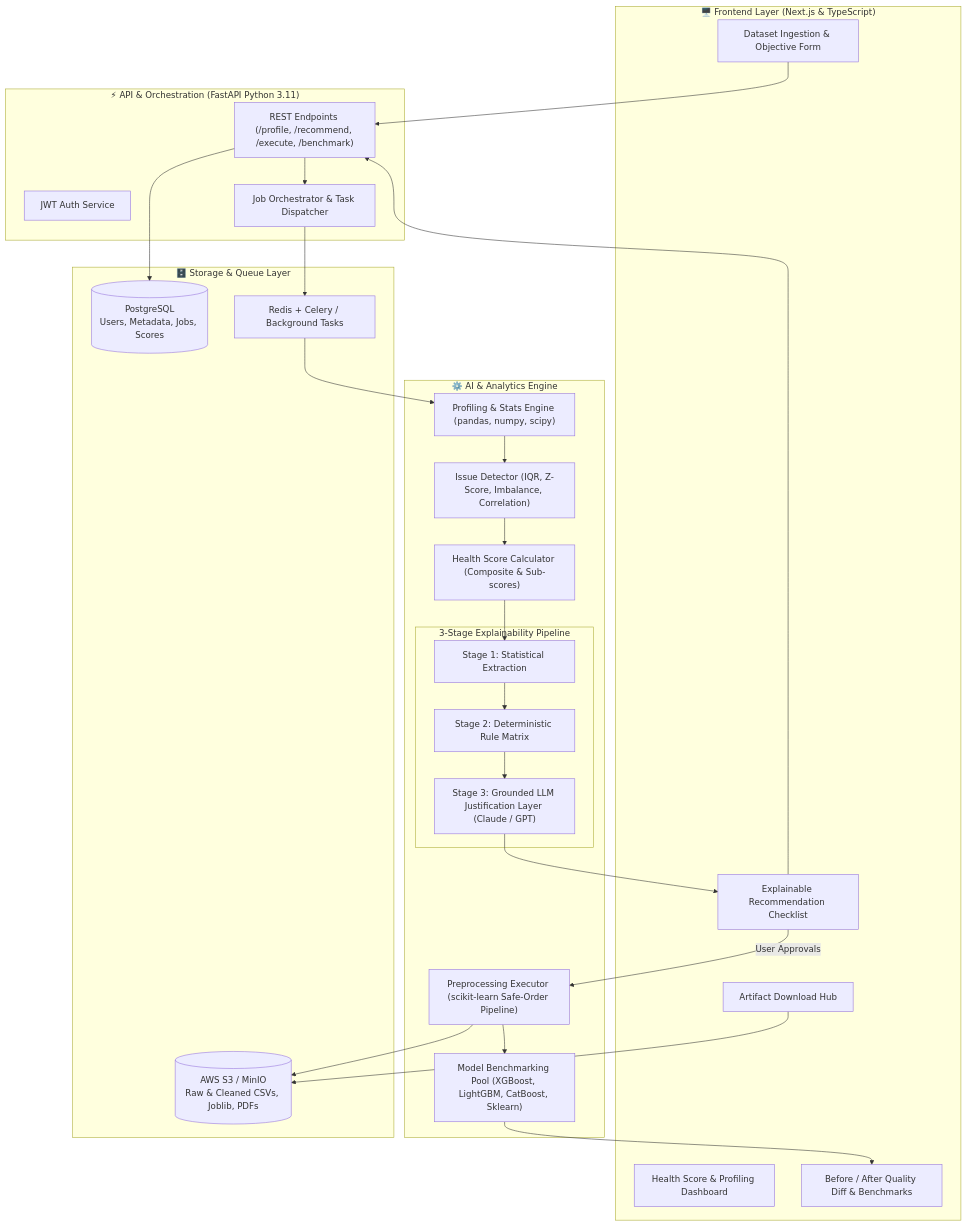
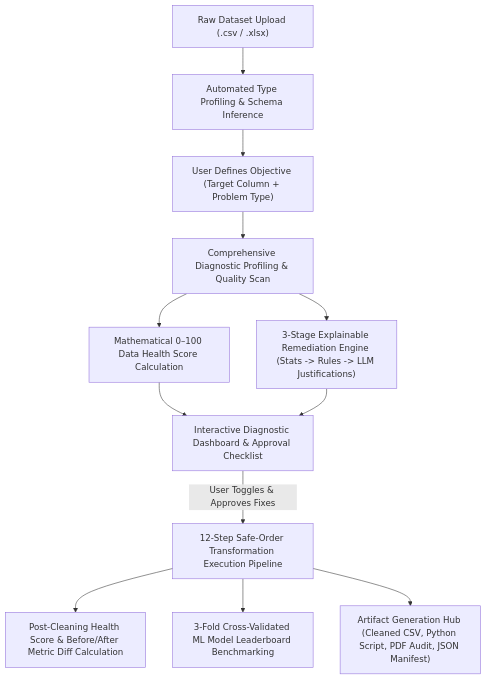
One commit to vanshbeni/AI-Readiness-Major-Project changed the first of 3 diagrams in README.md. Above: the diagram before and after it, drawn with Mermaid. The commit also changed other lines of this file and 73 other files, not shown here.

````diff
--- a/README.md
+++ b/README.md
@@ -48,52 +43,13 @@
 ```mermaid
 flowchart TD
-    subgraph ClientLayer["🖥️ Frontend Layer (Next.js & TypeScript)"]
-        UI_Upload["Dataset Ingestion & Objective Form"]
-        UI_Dash["Health Score & Profiling Dashboard"]
-        UI_Checklist["Explainable Recommendation Checklist"]
-        UI_Compare["Before / After Quality Diff & Benchmarks"]
-        UI_Export["Artifact Download Hub"]
-    end
-
-    subgraph APILayer["⚡ API & Orchestration (FastAPI Python 3.11)"]
-        API_Auth["JWT Auth Service"]
-        API_Orch["Job Orchestrator & Task Dispatcher"]
-        API_Router["REST Endpoints (/profile, /recommend, /execute, /benchmark)"]
-    end
-
-    subgraph CoreEngine["⚙️ AI & Analytics Engine"]
-        Engine_Prof["Profiling & Stats Engine (pandas, numpy, scipy)"]
-        Engine_Detect["Issue Detector (IQR, Z-Score, Imbalance, Correlation)"]
-        Engine_Score["Health Score Calculator (Composite & Sub-scores)"]
-        
-        subgraph AIDecision["3-Stage Explainability Pipeline"]
-            Stage1["Stage 1: Statistical Extraction"]
-            Stage2["Stage 2: Deterministic Rule Matrix"]
-            Stage3["Stage 3: Grounded LLM Justification Layer (Claude / GPT)"]
-            Stage1 --> Stage2 --> Stage3
-        end
-
-        Engine_Pipe["Preprocessing Executor (scikit-learn Safe-Order Pipeline)"]
-        Engine_Bench["Model Benchmarking Pool (XGBoost, LightGBM, CatBoost, Sklearn)"]
-    end
-
-    subgraph DataStorage["🗄️ Storage & Queue Layer"]
-        DB_Postgres[("PostgreSQL\nUsers, Metadata, Jobs, Scores")]
-        S3_Store[("AWS S3 / MinIO\nRaw & Cleaned CSVs, Joblib, PDFs")]
-        Queue_Worker["Redis + Celery / Background Tasks"]
-    end
-
-    UI_Upload --> API_Router
-    UI_Checklist --> API_Router
-    API_Router --> API_Orch
-    API_Orch --> Queue_Worker
-    Queue_Worker --> Engine_Prof
-    Engine_Prof --> Engine_Detect --> Engine_Score --> Stage1
-    Stage3 --> UI_Checklist
-    UI_Checklist --"User Approvals"--> Engine_Pipe
-    Engine_Pipe --> Engine_Bench
-    Engine_Bench --> UI_Compare
-    Engine_Pipe --> S3_Store
-    API_Router --> DB_Postgres
-    UI_Export --> S3_Store
+    A["Raw Dataset Upload (.csv / .xlsx)"] --> B["Automated Type Profiling & Schema Inference"]
+    B --> C["User Defines Objective (Target Column + Problem Type)"]
+    C --> D["Comprehensive Diagnostic Profiling & Quality Scan"]
+    D --> E["Mathematical 0–100 Data Health Score Calculation"]
+    D --> F["3-Stage Explainable Remediation Engine (Stats -> Rules -> LLM Justifications)"]
+    E & F --> G["Interactive Diagnostic Dashboard & Approval Checklist"]
+    G -->|User Toggles & Approves Fixes| H["12-Step Safe-Order Transformation Execution Pipeline"]
+    H --> I["Post-Cleaning Health Score & Before/After Metric Diff Calculation"]
+    H --> J["3-Fold Cross-Validated ML Model Leaderboard Benchmarking"]
+    H --> K["Artifact Generation Hub (Cleaned CSV, Python Script, PDF Audit, JSON Manifest)"]
 ```
````
